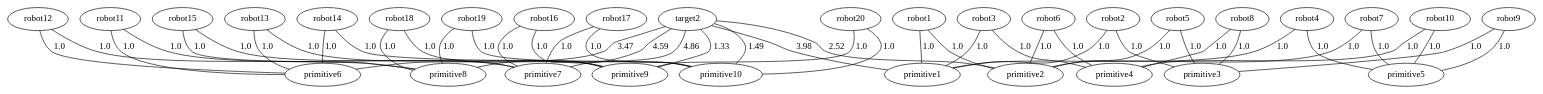
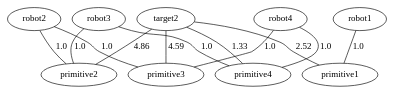
One commit to raaslab/multi-robot_task_allocation changed the diagram in max_min_lp_visualization/log/general_graph.dot. Above: the diagram before and after it, drawn with Graphviz. The commit also changed 7 other files, not shown here.

```diff
--- a/max_min_lp_visualization/log/general_graph.dot
+++ b/max_min_lp_visualization/log/general_graph.dot
@@ -1,129 +1,35 @@
 strict graph {
 	graph [bb="0,0,0,0"];
 	node [label="\N"];
-	robot11	 [pos="-1425.000000,75.000000)"];
-	primitive6	 [pos="-675.000000,0.000000)"];
-	robot11 -- primitive6	 [label=1.0,
+	robot2	 [pos="-225.000000,75.000000)"];
+	primitive2	 [pos="-225.000000,0.000000)"];
+	robot2 -- primitive2	 [label=1.0,
 		weight=1.0];
-	primitive7	 [pos="-525.000000,0.000000)"];
-	robot11 -- primitive7	 [label=1.0,
+	primitive3	 [pos="-75.000000,0.000000)"];
+	robot2 -- primitive3	 [label=1.0,
 		weight=1.0];
-	robot12	 [pos="-1275.000000,75.000000)"];
-	robot12 -- primitive6	 [label=1.0,
+	robot3	 [pos="-75.000000,75.000000)"];
+	robot3 -- primitive2	 [label=1.0,
 		weight=1.0];
-	primitive8	 [pos="-375.000000,0.000000)"];
-	robot12 -- primitive8	 [label=1.0,
+	primitive4	 [pos="75.000000,0.000000)"];
+	robot3 -- primitive4	 [label=1.0,
 		weight=1.0];
-	robot13	 [pos="-1125.000000,75.000000)"];
-	robot13 -- primitive6	 [label=1.0,
+	robot4	 [pos="75.000000,75.000000)"];
+	robot4 -- primitive3	 [label=1.0,
 		weight=1.0];
-	primitive9	 [pos="-225.000000,0.000000)"];
-	robot13 -- primitive9	 [label=1.0,
+	robot4 -- primitive4	 [label=1.0,
 		weight=1.0];
-	robot14	 [pos="-975.000000,75.000000)"];
-	robot14 -- primitive6	 [label=1.0,
-		weight=1.0];
-	primitive10	 [pos="-75.000000,0.000000)"];
-	robot14 -- primitive10	 [label=1.0,
-		weight=1.0];
-	robot15	 [pos="-825.000000,75.000000)"];
-	robot15 -- primitive7	 [label=1.0,
-		weight=1.0];
-	robot15 -- primitive8	 [label=1.0,
-		weight=1.0];
-	robot16	 [pos="-675.000000,75.000000)"];
-	robot16 -- primitive7	 [label=1.0,
-		weight=1.0];
-	robot16 -- primitive9	 [label=1.0,
-		weight=1.0];
-	robot17	 [pos="-525.000000,75.000000)"];
-	robot17 -- primitive7	 [label=1.0,
-		weight=1.0];
-	robot17 -- primitive10	 [label=1.0,
-		weight=1.0];
-	robot18	 [pos="-375.000000,75.000000)"];
-	robot18 -- primitive8	 [label=1.0,
-		weight=1.0];
-	robot18 -- primitive9	 [label=1.0,
-		weight=1.0];
-	robot19	 [pos="-225.000000,75.000000)"];
-	robot19 -- primitive8	 [label=1.0,
-		weight=1.0];
-	robot19 -- primitive10	 [label=1.0,
-		weight=1.0];
-	robot20	 [pos="-75.000000,75.000000)"];
-	robot20 -- primitive9	 [label=1.0,
-		weight=1.0];
-	robot20 -- primitive10	 [label=1.0,
-		weight=1.0];
-	robot1	 [pos="75.000000,75.000000)"];
-	primitive1	 [pos="75.000000,0.000000)"];
+	robot1	 [pos="225.000000,75.000000)"];
+	primitive1	 [pos="225.000000,0.000000)"];
 	robot1 -- primitive1	 [label=1.0,
 		weight=1.0];
-	primitive2	 [pos="225.000000,0.000000)"];
-	robot1 -- primitive2	 [label=1.0,
-		weight=1.0];
-	robot2	 [pos="225.000000,75.000000)"];
-	robot2 -- primitive1	 [label=1.0,
-		weight=1.0];
-	primitive3	 [pos="375.000000,0.000000)"];
-	robot2 -- primitive3	 [label=1.0,
-		weight=1.0];
-	robot3	 [pos="375.000000,75.000000)"];
-	robot3 -- primitive1	 [label=1.0,
-		weight=1.0];
-	primitive4	 [pos="525.000000,0.000000)"];
-	robot3 -- primitive4	 [label=1.0,
-		weight=1.0];
-	robot4	 [pos="525.000000,75.000000)"];
-	robot4 -- primitive1	 [label=1.0,
-		weight=1.0];
-	primitive5	 [pos="675.000000,0.000000)"];
-	robot4 -- primitive5	 [label=1.0,
-		weight=1.0];
-	robot5	 [pos="675.000000,75.000000)"];
-	robot5 -- primitive2	 [label=1.0,
-		weight=1.0];
-	robot5 -- primitive3	 [label=1.0,
-		weight=1.0];
-	robot6	 [pos="825.000000,75.000000)"];
-	robot6 -- primitive2	 [label=1.0,
-		weight=1.0];
-	robot6 -- primitive4	 [label=1.0,
-		weight=1.0];
-	robot7	 [pos="975.000000,75.000000)"];
-	robot7 -- primitive2	 [label=1.0,
-		weight=1.0];
-	robot7 -- primitive5	 [label=1.0,
-		weight=1.0];
-	robot8	 [pos="1125.000000,75.000000)"];
-	robot8 -- primitive3	 [label=1.0,
-		weight=1.0];
-	robot8 -- primitive4	 [label=1.0,
-		weight=1.0];
-	robot9	 [pos="1275.000000,75.000000)"];
-	robot9 -- primitive3	 [label=1.0,
-		weight=1.0];
-	robot9 -- primitive5	 [label=1.0,
-		weight=1.0];
-	robot10	 [pos="1425.000000,75.000000)"];
-	robot10 -- primitive4	 [label=1.0,
-		weight=1.0];
-	robot10 -- primitive5	 [label=1.0,
-		weight=1.0];
 	target2	 [pos="0.000000,-75.000000)"];
-	target2 -- primitive6	 [label=3.47,
-		weight=3.47147893906];
-	target2 -- primitive7	 [label=4.86,
-		weight=4.8624548912];
-	target2 -- primitive8	 [label=4.59,
-		weight=4.58879852295];
-	target2 -- primitive9	 [label=1.33,
-		weight=1.32730269432];
-	target2 -- primitive10	 [label=1.49,
-		weight=1.48819220066];
-	target2 -- primitive1	 [label=3.98,
-		weight=3.97961306572];
-	target2 -- primitive2	 [label=2.52,
-		weight=2.52002024651];
+	target2 -- primitive2	 [label=4.86,
+		weight=4.8624587059];
+	target2 -- primitive3	 [label=4.59,
+		weight=4.58881473541];
+	target2 -- primitive4	 [label=1.33,
+		weight=1.3273178339];
+	target2 -- primitive1	 [label=2.52,
+		weight=2.52001976967];
 }
```
